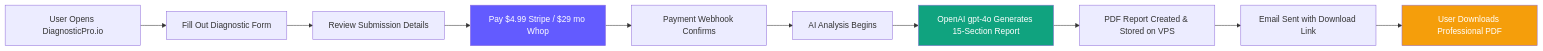
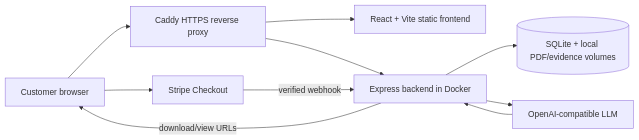
One commit to jeremylongshore/DiagnosticPro changed the diagram in README.md. Above: the diagram before and after it, drawn with Mermaid. The commit also changed other lines of this file and 1 other file, not shown here.

````diff
--- a/README.md
+++ b/README.md
@@ -78,16 +75,20 @@
 ```mermaid
 flowchart LR
-    A[User Opens DiagnosticPro.io] --> B[Fill Out Diagnostic Form]
-    B --> C[Review Submission Details]
-    C --> D[Pay $4.99 Stripe / $29 mo Whop]
-    D --> E[Payment Webhook Confirms]
-    E --> F[AI Analysis Begins]
-    F --> G[OpenAI gpt-4o Generates 15-Section Report]
-    G --> H[PDF Report Created & Stored on VPS]
-    H --> I[Email Sent with Download Link]
-    I --> J[User Downloads Professional PDF]
+    B[Customer browser]
+    C[Caddy HTTPS reverse proxy]
+    F[React + Vite static frontend]
+    A[Express backend in Docker]
+    S[(SQLite + local PDF/evidence volumes)]
+    P[Stripe Checkout]
+    L[OpenAI-compatible LLM]
 
-    style D fill:#635bff,color:#fff
-    style G fill:#10a37f,color:#fff
-    style J fill:#f59e0b,color:#fff
+    B --> C
+    C --> F
+    C --> A
+    B --> P
+    P -->|verified webhook| A
+    A --> S
+    A --> L
+    L --> A
+    A -->|download/view URLs| B
 ```
````
